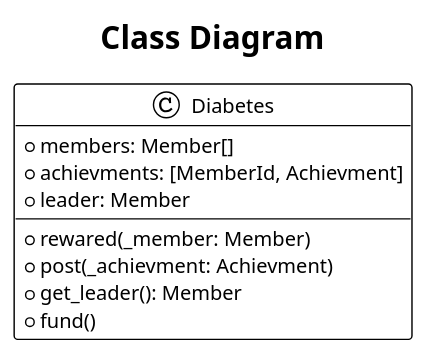
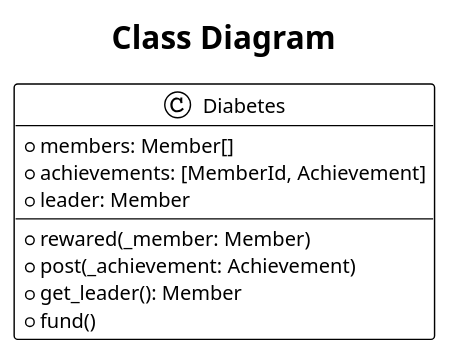
Before and after one commit to FrankBevr/100-Ideas: the second of 3 diagrams in practice/04/04-Ideas.md, drawn with PlantUML. The commit also changed other lines of this file and 1 other file, not shown here.

````diff
--- a/practice/04/04-Ideas.md
+++ b/practice/04/04-Ideas.md
@@ -101,15 +115,15 @@
 ```plantuml
 !theme plain
 title Class Diagram
 
 class Diabetes {
     +members: Member[]
-    +achievments: [MemberId, Achievment]
+    +achievements: [MemberId, Achievement]
     +leader: Member
     +rewared(_member: Member)
-    +post(_achievment: Achievment)
+    +post(_achievement: Achievement)
     +get_leader(): Member
     +fund()
 }
 
 ```
````
